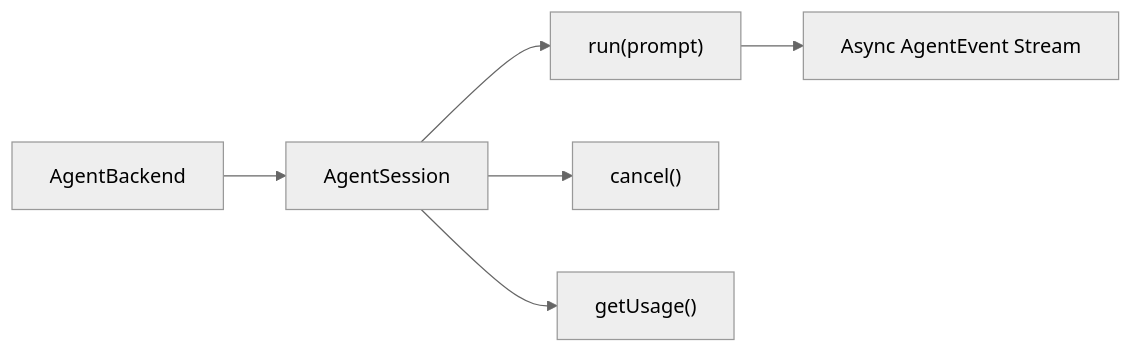
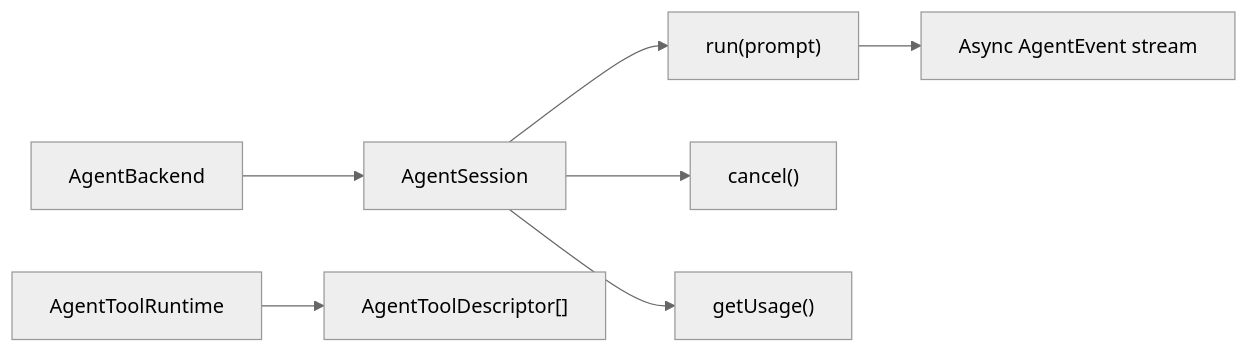
The third of 3 diagrams in docs/ARCHITECTURE.md (SureD/babybot), drawn with Mermaid (neutral theme) before and after one commit. The commit also changed other lines of this file and 19 other files, not shown here.

Commit message:
Refactor agent runtime and workspace orchestration

````diff
--- a/docs/ARCHITECTURE.md
+++ b/docs/ARCHITECTURE.md
@@ -163,8 +130,9 @@
 ```mermaid
 flowchart LR
     Backend["AgentBackend"] --> Session["AgentSession"]
     Session --> Run["run(prompt)"]
-    Run --> Events["Async AgentEvent Stream"]
+    Run --> Events["Async AgentEvent stream"]
     Session --> Cancel["cancel()"]
     Session --> Usage["getUsage()"]
+    ToolRuntime["AgentToolRuntime"] --> Descriptors["AgentToolDescriptor[]"]
 ```
````
